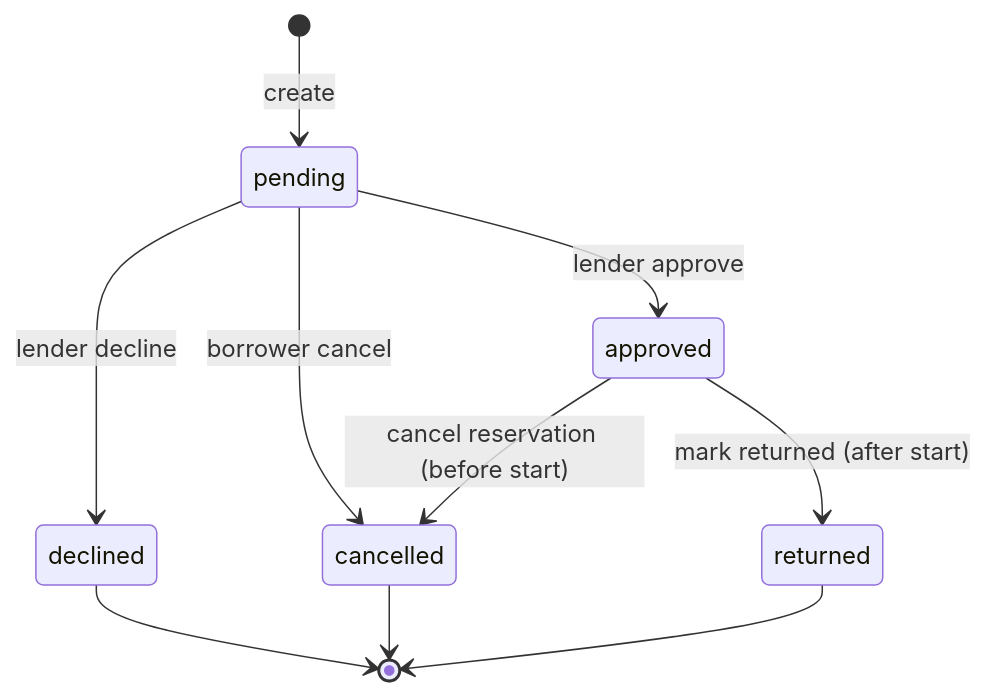
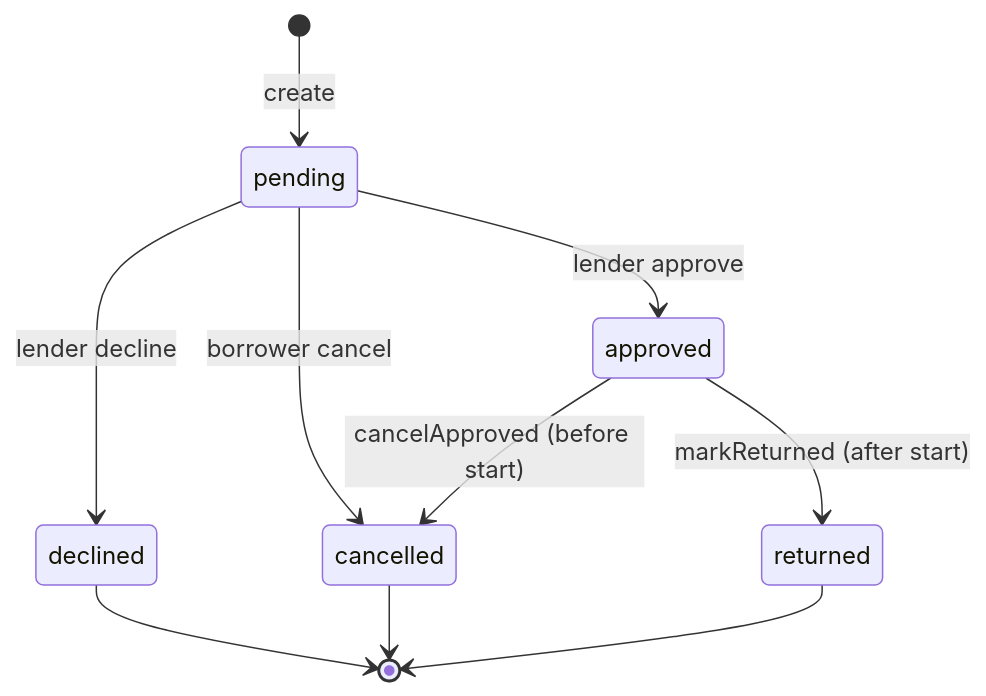
One commit to luka-matic01/lendloop changed the diagram in README.md. Above: the diagram before and after it, drawn with Mermaid. The commit also changed other lines of this file and 1 other file, not shown here.

````diff
--- a/README.md
+++ b/README.md
@@ -26,12 +35,13 @@
 ```mermaid
 stateDiagram-v2
+  direction TB
   [*] --> pending: create
   pending --> approved: lender approve
   pending --> declined: lender decline
   pending --> cancelled: borrower cancel
-  approved --> cancelled: cancel reservation (before start)
-  approved --> returned: mark returned (after start)
+  approved --> cancelled: cancelApproved (before start)
+  approved --> returned: markReturned (after start)
   declined --> [*]
   cancelled --> [*]
   returned --> [*]
 ```
````
